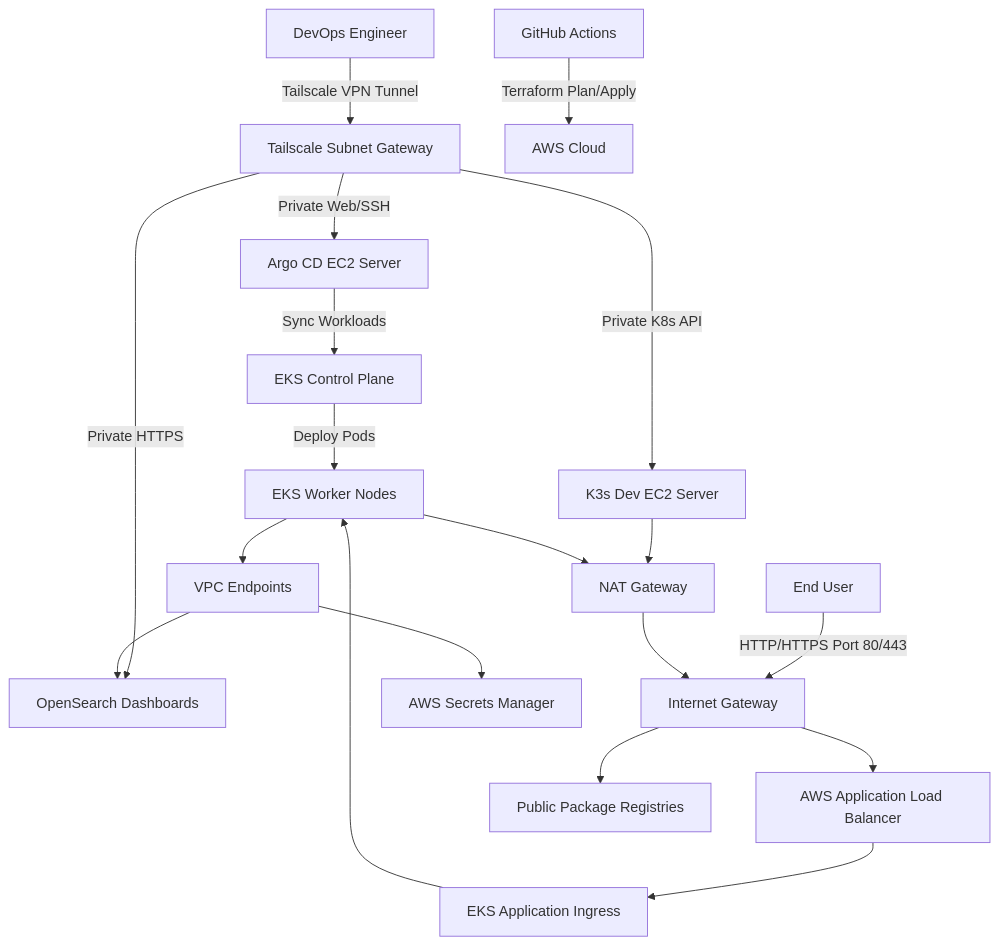
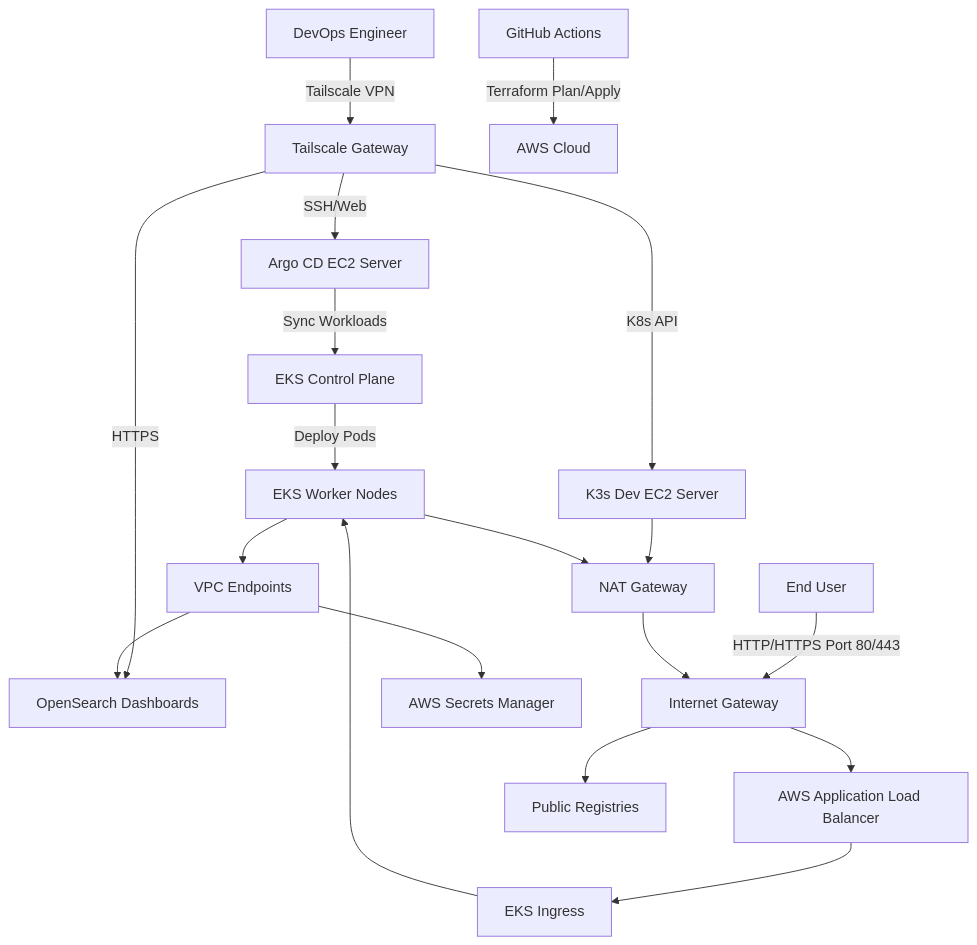
Before and after one commit to flavoriy/Infrastructure-as-Code: the diagram in README.md, drawn with Mermaid. The commit also changed other lines of this file, not shown here.

````diff
--- a/README.md
+++ b/README.md
@@ -13,30 +9,30 @@
 ```mermaid
 graph TD
     %% Admin/Management Path
-    Admin[DevOps Engineer] -->|Tailscale VPN Tunnel| Tailscale[Tailscale Subnet Gateway]
-    Tailscale -->|Private Web/SSH| ArgoCD[Argo CD EC2 Server]
-    Tailscale -->|Private K8s API| K3sDev[K3s Dev EC2 Server]
-    Tailscale -->|Private HTTPS| OpenSearch[OpenSearch Dashboards]
+    Admin[DevOps Engineer] -->|Tailscale VPN| VPN[Tailscale Gateway]
+    VPN -->|SSH/Web| ArgoCD[Argo CD EC2 Server]
+    VPN -->|K8s API| K3sDev[K3s Dev EC2 Server]
+    VPN -->|HTTPS| OpenSearch[OpenSearch Dashboards]
 
     %% GitOps Automation
     GitHub[GitHub Actions] -->|Terraform Plan/Apply| AWS[AWS Cloud]
     ArgoCD -->|Sync Workloads| EKS_Control[EKS Control Plane]
     EKS_Control -->|Deploy Pods| EKS_Nodes[EKS Worker Nodes]
 
     %% Public Traffic Path
     User[End User] -->|HTTP/HTTPS Port 80/443| IGW[Internet Gateway]
     IGW --> ALB[AWS Application Load Balancer]
-    ALB --> EKS_Ingress[EKS Application Ingress]
+    ALB --> EKS_Ingress[EKS Ingress]
     EKS_Ingress --> EKS_Nodes
 
     %% VPC Egress
     K3sDev --> NAT[NAT Gateway]
     EKS_Nodes --> NAT
     NAT --> IGW
-    IGW --> Internet[Public Package Registries]
+    IGW --> Internet[Public Registries]
 
     %% Logging & Secrets (Private Link)
     EKS_Nodes --> VPCEndpoints[VPC Endpoints]
     VPCEndpoints --> Secrets[AWS Secrets Manager]
     VPCEndpoints --> OpenSearch
 ```
````
